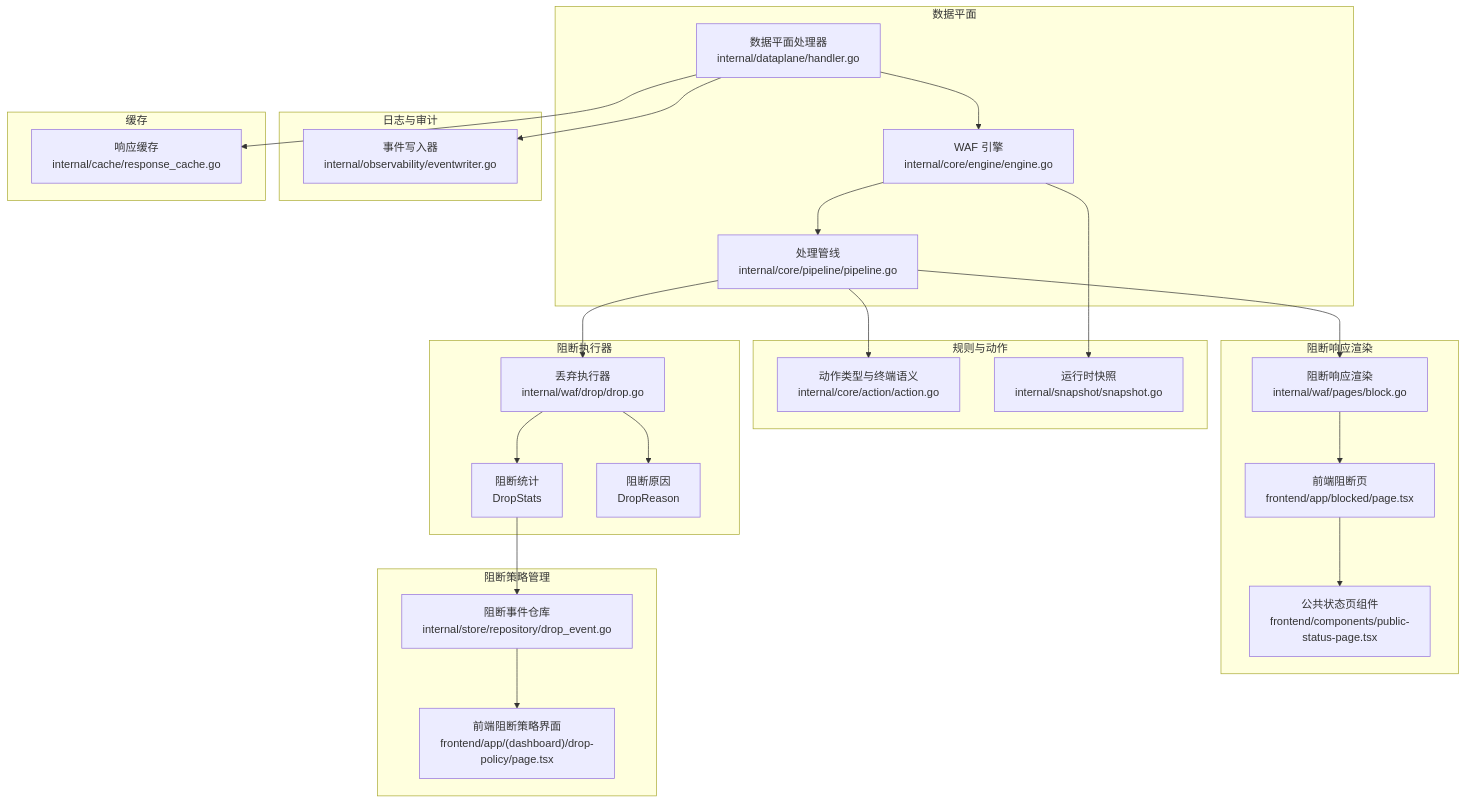
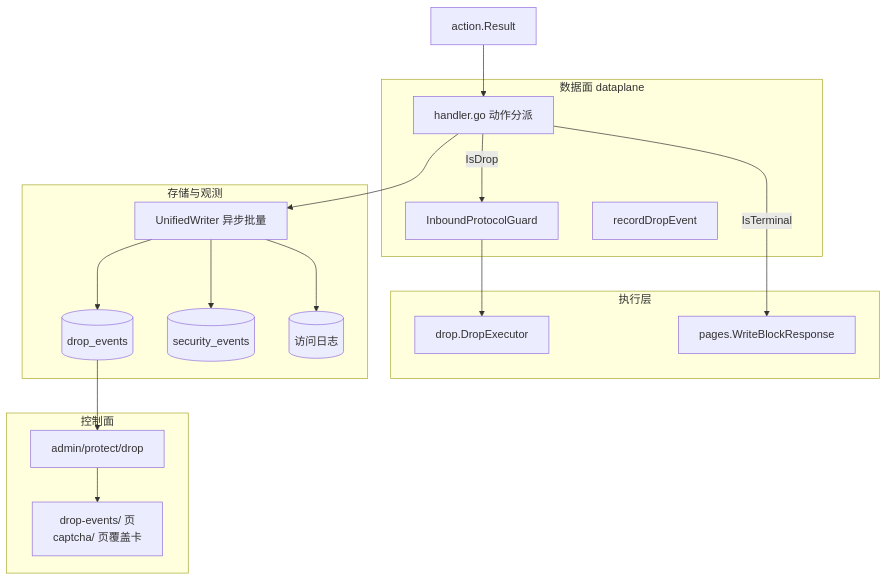
Before and after one commit to x01n/My-OpenWaf: the first of 4 diagrams in docs/安全防护功能/阻断机制.md, drawn with Mermaid. The commit also changed other lines of this file and 622 other files, not shown here.

````diff
--- a/docs/安全防护功能/阻断机制.md
+++ b/docs/安全防护功能/阻断机制.md
@@ -41,44 +84,33 @@
 ```mermaid
 graph TB
-subgraph "数据平面"
-DP_Handler["数据平面处理器<br/>internal/dataplane/handler.go"]
-Engine["WAF 引擎<br/>internal/core/engine/engine.go"]
-Pipe["处理管线<br/>internal/core/pipeline/pipeline.go"]
+RES["action.Result"]
+subgraph "数据面 dataplane"
+HND["handler.go 动作分派"]
+GRD["InboundProtocolGuard"]
+RSV["recordDropEvent"]
 end
-subgraph "规则与动作"
-Action["动作类型与终端语义<br/>internal/core/action/action.go"]
-Snapshot["运行时快照<br/>internal/snapshot/snapshot.go"]
+subgraph "执行层"
+DEX["drop.DropExecutor"]
+PGS["pages.WriteBlockResponse"]
 end
-subgraph "阻断执行器"
-DropExec["丢弃执行器<br/>internal/waf/drop/drop.go"]
-DropStats["阻断统计<br/>DropStats"]
-DropReason["阻断原因<br/>DropReason"]
+subgraph "存储与观测"
+DEV[("drop_events")]
+SEV[("security_events")]
+ALG[("访问日志")]
+UW["UnifiedWriter 异步批量"]
 end
-subgraph "阻断响应渲染"
-Block["阻断响应渲染<br/>internal/waf/pages/block.go"]
-PageFE["前端阻断页<br/>frontend/app/blocked/page.tsx"]
-PublicStatus["公共状态页组件<br/>frontend/components/public-status-page.tsx"]
+subgraph "控制面"
+API["admin/protect/drop"]
+FE["drop-events/ 页<br/>captcha/ 页覆盖卡"]
 end
-subgraph "阻断策略管理"
-DropRepo["阻断事件仓库<br/>internal/store/repository/drop_event.go"]
-FrontendDrop["前端阻断策略界面<br/>frontend/app/(dashboard)/drop-policy/page.tsx"]
-end
-subgraph "日志与审计"
-EventWriter["事件写入器<br/>internal/observability/eventwriter.go"]
-end
-subgraph "缓存"
-RespCache["响应缓存<br/>internal/cache/response_cache.go"]
-end
-DP_Handler --> Engine --> Pipe --> Action
-Engine --> Snapshot
-Pipe --> DropExec
-Pipe --> Block
-DropExec --> DropStats
-DropExec --> DropReason
-DropStats --> DropRepo
-DropRepo --> FrontendDrop
-Block --> PageFE
-PageFE --> PublicStatus
-DP_Handler --> EventWriter
-DP_Handler --> RespCache
+RES --> HND
+HND --> |IsDrop| GRD
+GRD --> DEX
+HND --> |IsTerminal| PGS
+HND --> UW
+UW --> DEV
+UW --> SEV
+UW --> ALG
+DEV --> API
+API --> FE
 ```
````
